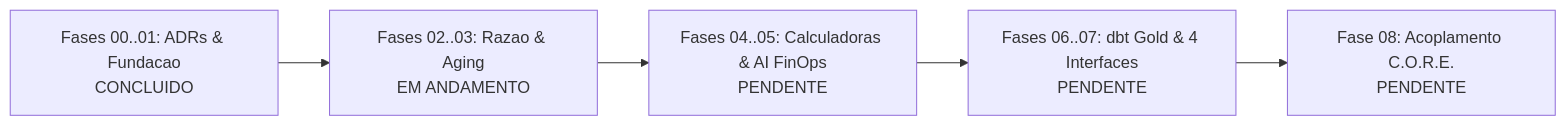
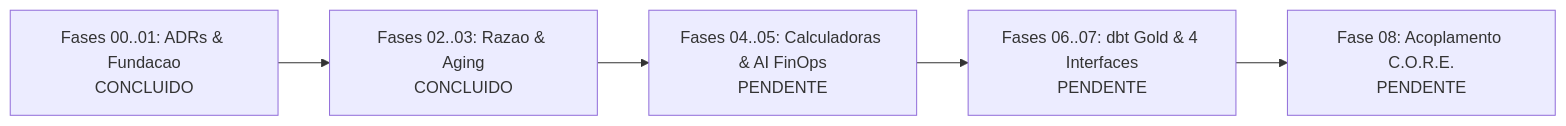
One commit to jhsfhtls/finops-capex-revenue-lakehouse changed the diagram in JORNADA_IMPLEMENTACAO.md. Above: the diagram before and after it, drawn with Mermaid. The commit also changed other lines of this file and 9 other files, not shown here.

````diff
--- a/JORNADA_IMPLEMENTACAO.md
+++ b/JORNADA_IMPLEMENTACAO.md
@@ -23,7 +23,7 @@
 ```mermaid
 flowchart LR
-    F01["Fases 00..01: ADRs & Fundacao<br/>CONCLUIDO"] --> F03["Fases 02..03: Razao & Aging<br/>EM ANDAMENTO"]
+    F01["Fases 00..01: ADRs & Fundacao<br/>CONCLUIDO"] --> F03["Fases 02..03: Razao & Aging<br/>CONCLUIDO"]
     F03 --> F05["Fases 04..05: Calculadoras & AI FinOps<br/>PENDENTE"]
     F05 --> F07["Fases 06..07: dbt Gold & 4 Interfaces<br/>PENDENTE"]
     F07 --> F08["Fase 08: Acoplamento C.O.R.E.<br/>PENDENTE"]
 ```
````
